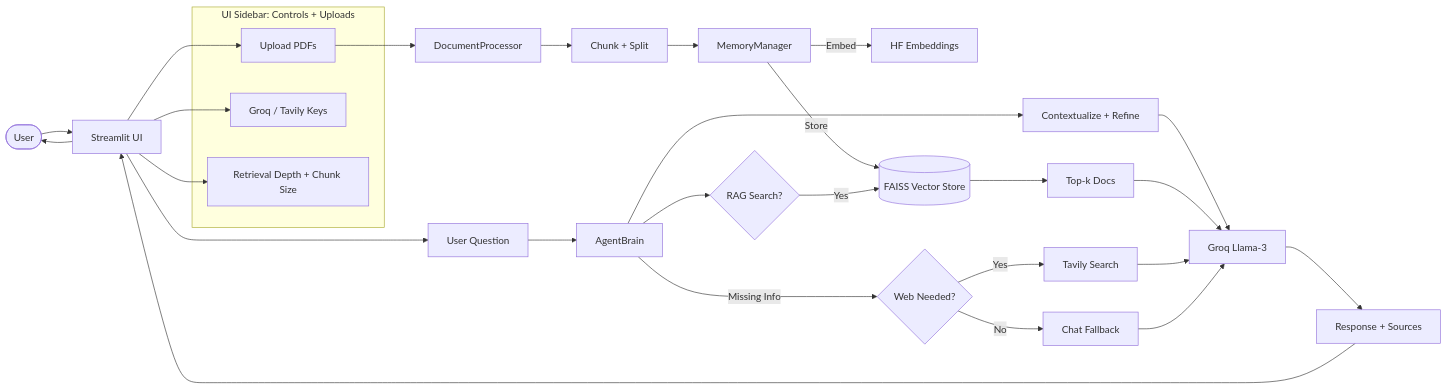
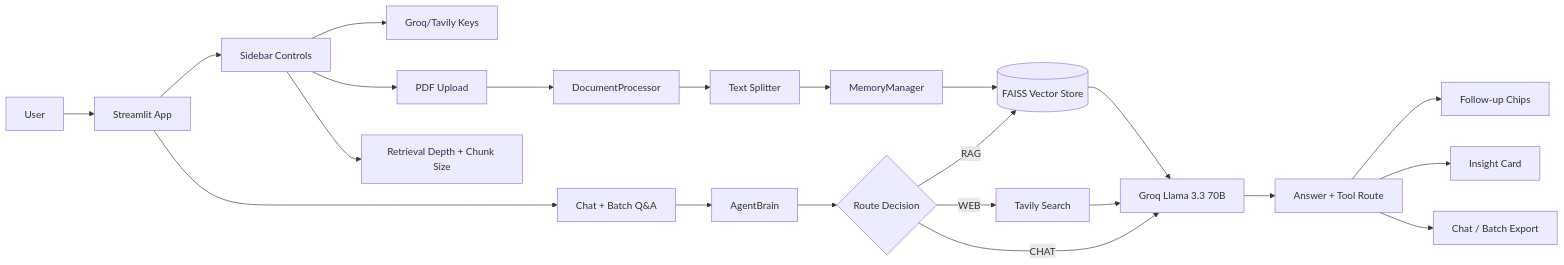
One commit to tsanhith/Agentic-RAG-Hybrid changed the first of 2 diagrams in README.md. Above: the diagram before and after it, drawn with Mermaid. The commit also changed other lines of this file, not shown here.

Commit message:
Rewrite README with detailed architecture, features, and setup guide

````diff
--- a/README.md
+++ b/README.md
@@ -16,41 +118,27 @@
 ```mermaid
 flowchart LR
-    U([User]) --> UI[Streamlit UI]
+    U[User] --> UI[Streamlit App]
+    UI --> SIDEBAR[Sidebar Controls]
+    UI --> CHAT[Chat + Batch Q&A]
 
-    subgraph UI_Sidebar["UI Sidebar: Controls + Uploads"]
-        UP[Upload PDFs]
-        K[Groq / Tavily Keys]
-        T[Retrieval Depth + Chunk Size]
-    end
+    SIDEBAR --> KEYS[Groq/Tavily Keys]
+    SIDEBAR --> FILES[PDF Upload]
+    SIDEBAR --> TUNING[Retrieval Depth + Chunk Size]
 
-    UI --> UP
-    UI --> K
-    UI --> T
+    FILES --> PROCESSOR[DocumentProcessor]
+    PROCESSOR --> SPLIT[Text Splitter]
+    SPLIT --> MEMORY[MemoryManager]
+    MEMORY --> FAISS[(FAISS Vector Store)]
 
-    UP --> DP[DocumentProcessor]
-    DP --> SPLIT[Chunk + Split]
-    SPLIT --> MEM[MemoryManager]
-    MEM -->|Embed| EMB[HF Embeddings]
-    MEM -->|Store| FAISS[(FAISS Vector Store)]
-
-    UI --> Q[User Question]
-    Q --> AGENT[AgentBrain]
-
-    AGENT --> REFINE[Contextualize + Refine]
-    REFINE --> GROQ[Groq Llama-3]
-
-    AGENT --> RAG{RAG Search?}
-    RAG -->|Yes| FAISS
-    FAISS --> CTX[Top-k Docs]
-    CTX --> GROQ
-
-    AGENT -->|Missing Info| WEB{Web Needed?}
-    WEB -->|Yes| TAVILY[Tavily Search]
-    TAVILY --> GROQ
-    WEB -->|No| CHAT[Chat Fallback]
-    CHAT --> GROQ
-
-    GROQ --> ANS[Response + Sources]
-    ANS --> UI
-    UI --> U
+    CHAT --> AGENT[AgentBrain]
+    AGENT --> ROUTER{Route Decision}
+    ROUTER -->|RAG| FAISS
+    ROUTER -->|WEB| TAVILY[Tavily Search]
+    ROUTER -->|CHAT| LLM
+    FAISS --> LLM[Groq Llama 3.3 70B]
+    TAVILY --> LLM
+    LLM --> ANSWER[Answer + Tool Route]
+    ANSWER --> FOLLOWUPS[Follow-up Chips]
+    ANSWER --> INSIGHTS[Insight Card]
+    ANSWER --> EXPORTS[Chat / Batch Export]
 ```
````
